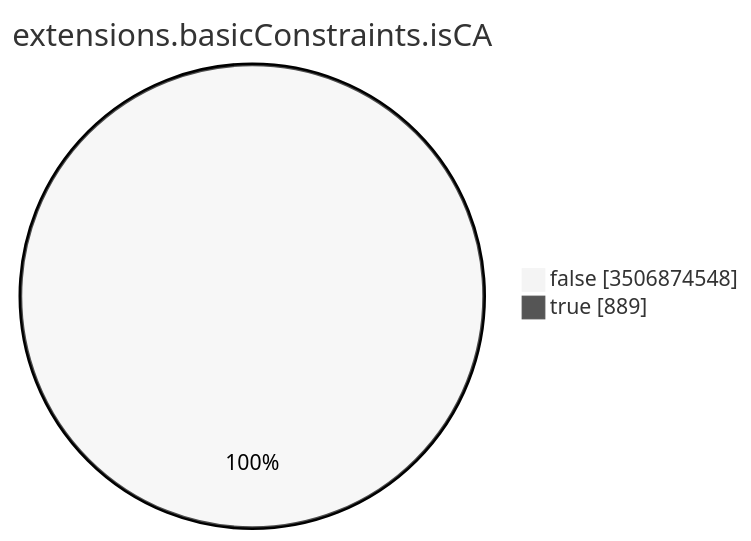
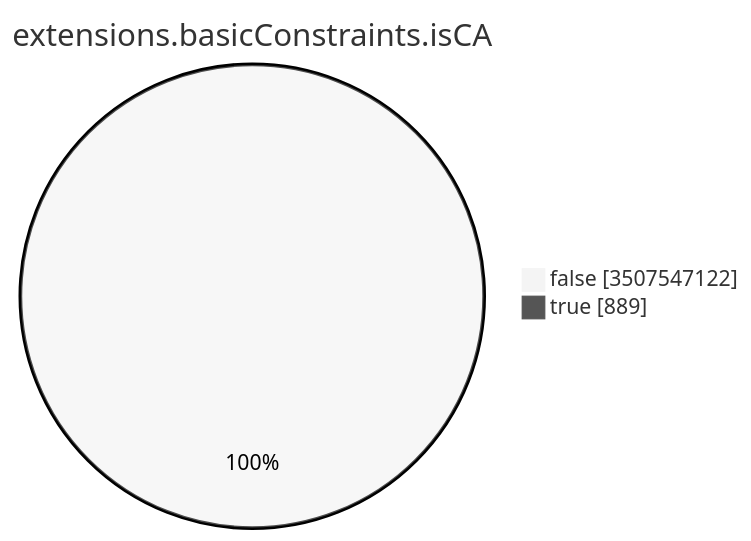
Before and after one commit to christiankrug/ctmonitor_visualization: the seventh of 15 diagrams in TOTAL/README.md, drawn with Mermaid (neutral theme). The commit also changed other lines of this file, not shown here.

````diff
--- a/TOTAL/README.md
+++ b/TOTAL/README.md
@@ -3094,6 +3094,6 @@
 ```mermaid
 pie showData
 title extensions.basicConstraints.isCA
-"false" :3506874548
+"false" :3507547122
 "true" :889
 ```
````
